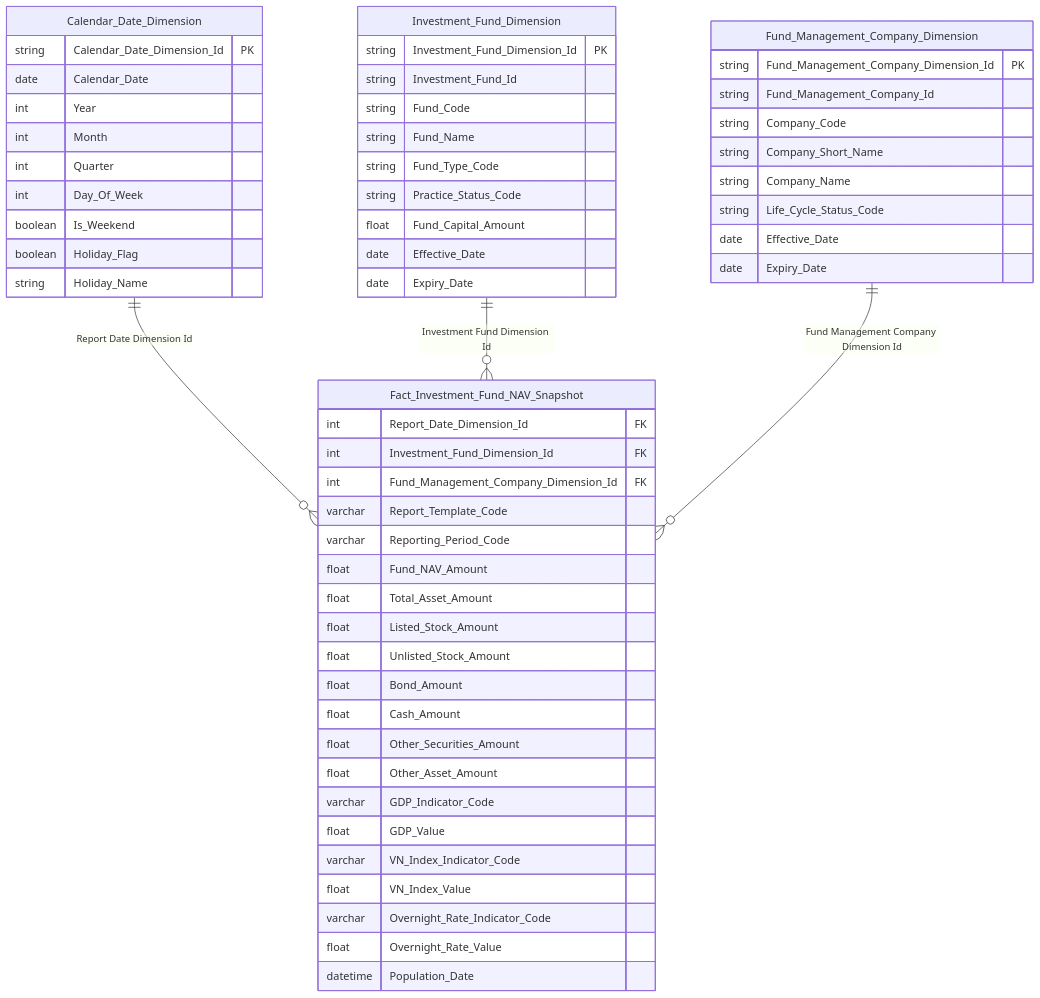
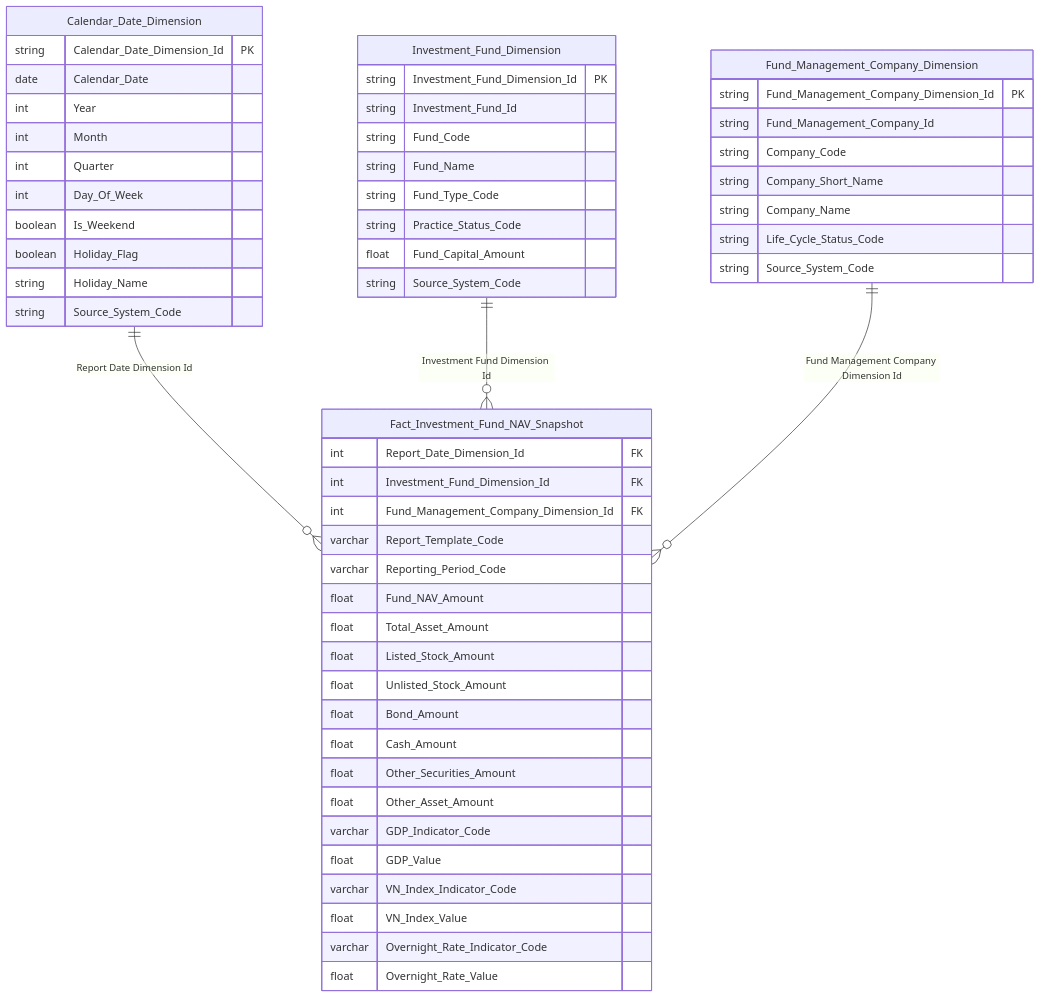
One commit to linhlvit/ubck_atomic_design changed diagram 18 of 37 in Datamart/hld/DTM_FMS_HLD.md. Above: the diagram before and after it, drawn with Mermaid. The commit also changed other lines of this file and 2 other files, not shown here.

````diff
--- a/Datamart/hld/DTM_FMS_HLD.md
+++ b/Datamart/hld/DTM_FMS_HLD.md
@@ -770,61 +770,59 @@
 ```mermaid
 erDiagram
     Fact_Investment_Fund_NAV_Snapshot {
         int Report_Date_Dimension_Id FK
         int Investment_Fund_Dimension_Id FK
         int Fund_Management_Company_Dimension_Id FK
         varchar Report_Template_Code
         varchar Reporting_Period_Code
         float Fund_NAV_Amount
         float Total_Asset_Amount
         float Listed_Stock_Amount
         float Unlisted_Stock_Amount
         float Bond_Amount
         float Cash_Amount
         float Other_Securities_Amount
         float Other_Asset_Amount
         varchar GDP_Indicator_Code
         float GDP_Value
         varchar VN_Index_Indicator_Code
         float VN_Index_Value
         varchar Overnight_Rate_Indicator_Code
         float Overnight_Rate_Value
-        datetime Population_Date
     }
     Investment_Fund_Dimension {
         string Investment_Fund_Dimension_Id PK
         string Investment_Fund_Id
         string Fund_Code
         string Fund_Name
         string Fund_Type_Code
         string Practice_Status_Code
         float Fund_Capital_Amount
-        date Effective_Date
-        date Expiry_Date
+        string Source_System_Code
     }
     Fund_Management_Company_Dimension {
         string Fund_Management_Company_Dimension_Id PK
         string Fund_Management_Company_Id
         string Company_Code
         string Company_Short_Name
         string Company_Name
         string Life_Cycle_Status_Code
-        date Effective_Date
-        date Expiry_Date
+        string Source_System_Code
     }
     Calendar_Date_Dimension {
         string Calendar_Date_Dimension_Id PK
         date Calendar_Date
         int Year
         int Month
         int Quarter
         int Day_Of_Week
         boolean Is_Weekend
         boolean Holiday_Flag
         string Holiday_Name
+        string Source_System_Code
     }
 
     Calendar_Date_Dimension ||--o{ Fact_Investment_Fund_NAV_Snapshot : "Report Date Dimension Id"
     Investment_Fund_Dimension ||--o{ Fact_Investment_Fund_NAV_Snapshot : "Investment Fund Dimension Id"
     Fund_Management_Company_Dimension ||--o{ Fact_Investment_Fund_NAV_Snapshot : "Fund Management Company Dimension Id"
 ```
````
